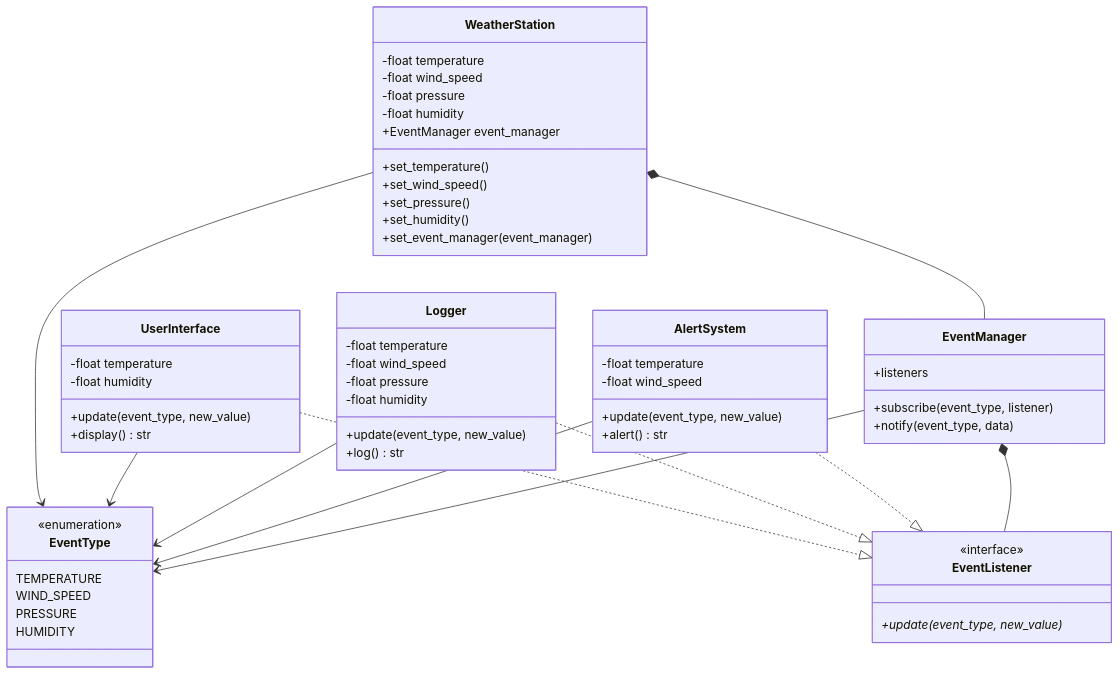
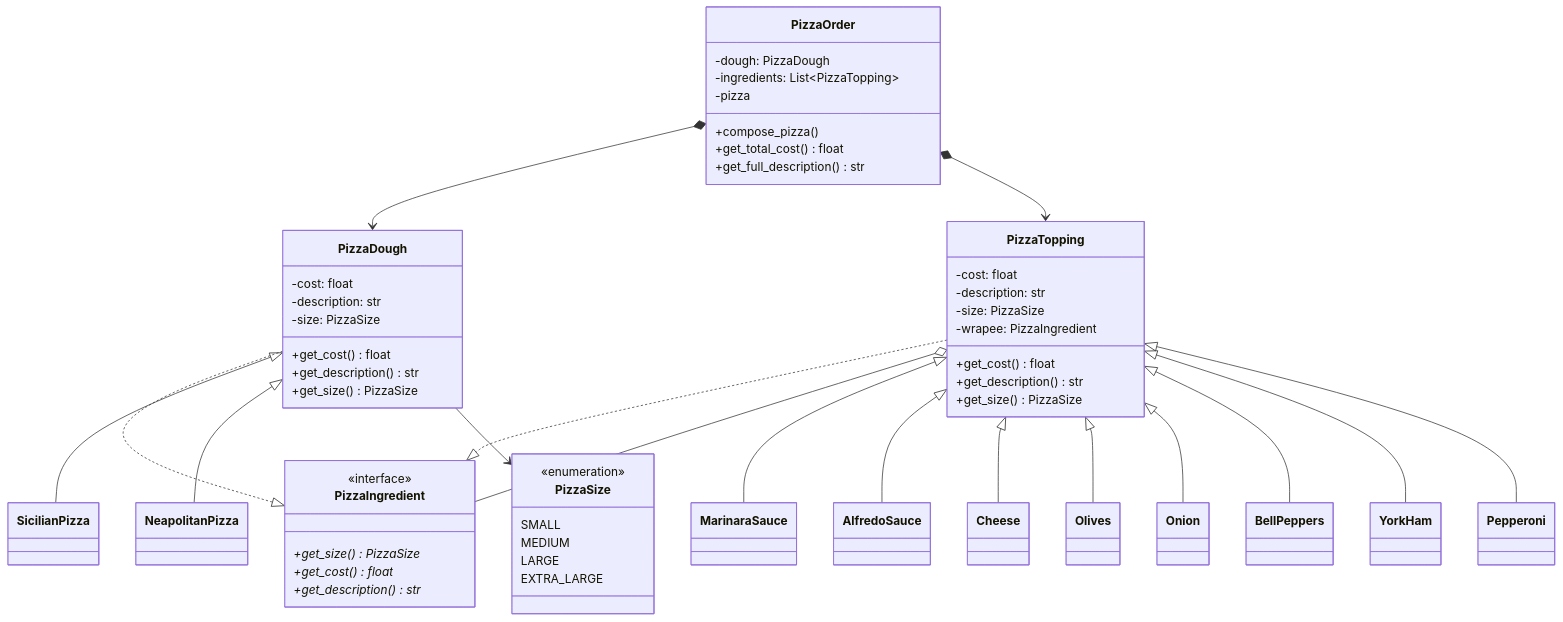
The diagram in SOLUTION.md (kvin007/test_readme), drawn with Mermaid before and after one commit. The commit also changed other lines of this file, not shown here.

````diff
--- a/SOLUTION.md
+++ b/SOLUTION.md
@@ -23,62 +23,67 @@
 ```mermaid
 classDiagram
-class WeatherStation {
-    -float temperature
-    -float wind_speed
-    -float pressure
-    -float humidity
-    +EventManager event_manager
-    +set_temperature()
-    +set_wind_speed()
-    +set_pressure()
-    +set_humidity()
-    +set_event_manager(event_manager)
+
+class PizzaIngredient {
+    <<interface>>
+    +get_size()* PizzaSize
+    +get_cost()* float
+    +get_description()* str
 }
-class EventManager {
-    +listeners
-    +subscribe(event_type, listener)
-    +notify(event_type, data)
-}
-class EventListener {
-    <<interface>>
-    +update(event_type, new_value)*
-}
-class UserInterface {
-    -float temperature
-    -float humidity
-    +update(event_type, new_value)
-    +display() str
-}
-class Logger {
-    -float temperature
-    -float wind_speed
-    -float pressure
-    -float humidity
-    +update(event_type, new_value)
-    +log() str
-}
-class AlertSystem {
-    -float temperature
-    -float wind_speed
-    +update(event_type, new_value)
-    +alert() str
+class PizzaDough {
+    -cost: float
+    -description: str
+    -size: PizzaSize
+    +get_cost() float
+    +get_description() str
+    +get_size() PizzaSize
 }
 
-class EventType{
+class PizzaTopping {
+    -cost: float
+    -description: str
+    -size: PizzaSize
+    -wrapee: PizzaIngredient
+    +get_cost() float
+    +get_description() str
+    +get_size() PizzaSize
+}
+
+class PizzaOrder {
+    -dough: PizzaDough
+    -ingredients: List~PizzaTopping~
+    -pizza
+    +compose_pizza()
+    +get_total_cost() float
+    +get_full_description() str
+}
+
+class PizzaSize{
     <<enumeration>>
-    TEMPERATURE
-    WIND_SPEED
-    PRESSURE
-    HUMIDITY
+    SMALL
+    MEDIUM
+    LARGE
+    EXTRA_LARGE
 }
-WeatherStation *-- EventManager
-WeatherStation --> EventType
-UserInterface --> EventType
-Logger --> EventType
-AlertSystem --> EventType
-EventManager --> EventType
-UserInterface ..|> EventListener
-Logger ..|> EventListener
-AlertSystem ..|> EventListener
-EventManager *-- EventListener
+
+
+
+PizzaDough ..|> PizzaIngredient
+PizzaTopping ..|> PizzaIngredient
+PizzaTopping o-- PizzaIngredient 
+
+
+PizzaOrder *--> PizzaDough
+PizzaOrder *--> PizzaTopping
+
+PizzaDough <|-- SicilianPizza
+PizzaDough <|-- NeapolitanPizza
+PizzaDough --> PizzaSize
+PizzaTopping <|-- MarinaraSauce
+PizzaTopping <|-- AlfredoSauce
+PizzaTopping <|-- Cheese
+PizzaTopping <|-- Olives
+PizzaTopping <|-- Onion
+PizzaTopping <|-- BellPeppers
+PizzaTopping <|-- YorkHam
+PizzaTopping <|-- Pepperoni
 ```
````
